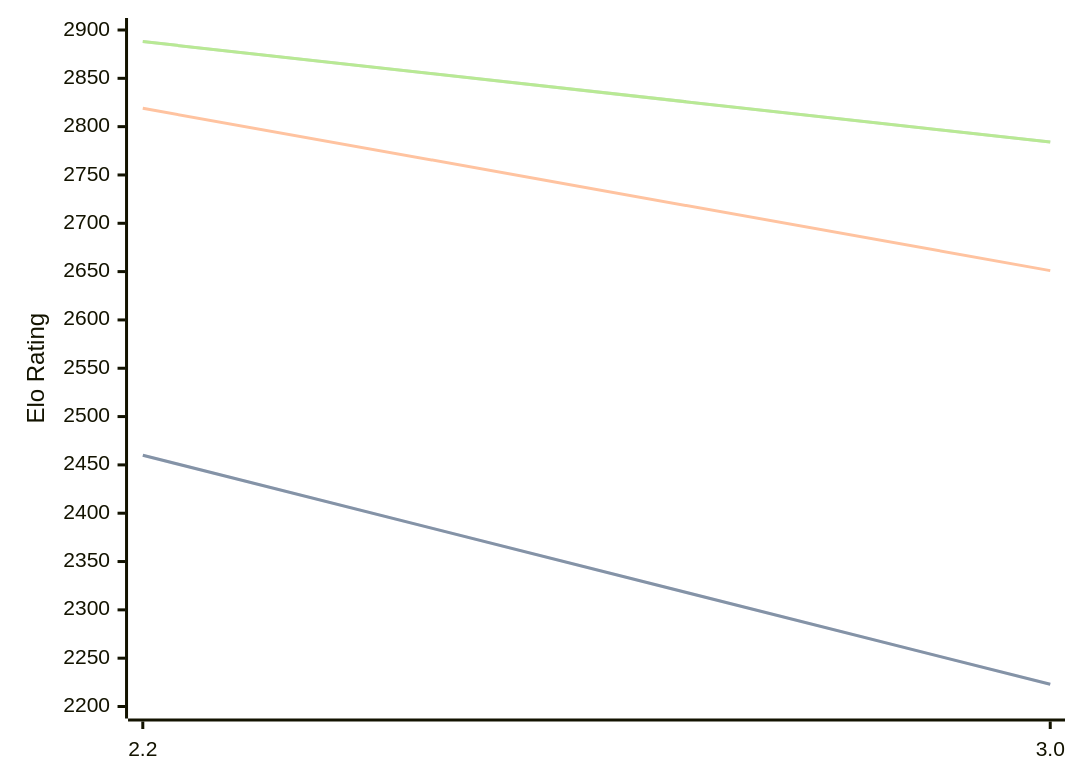
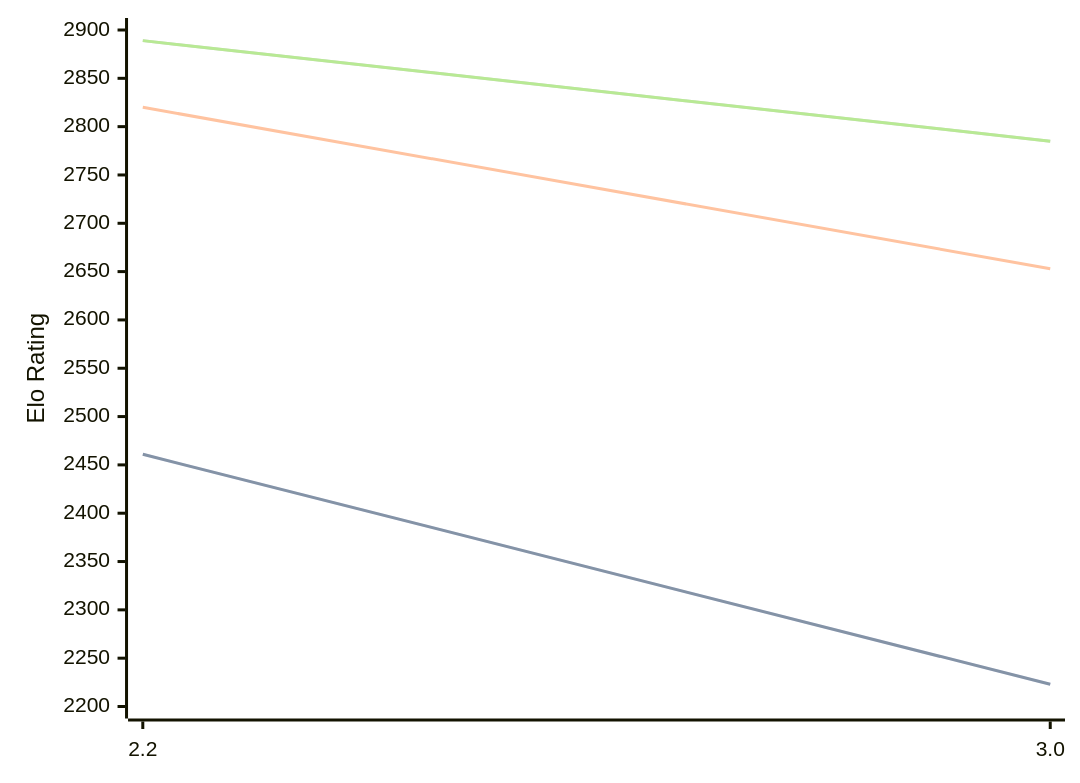
The third of 3 diagrams in engines/Thrawn.md (computer-chess-index/cci), drawn with Mermaid before and after one commit. The commit also changed other lines of this file, not shown here.

Commit message:
Update CCI Ratings (ELO VLTC) - 2026-06-30

````diff
--- a/engines/Thrawn.md
+++ b/engines/Thrawn.md
@@ -73,11 +73,11 @@
 ```mermaid
 %%{init: {"theme":"base","themeVariables":{"seriesColors:['#a3a3a3','#222221','#faa371']}}}%%
 xychart-beta
   x-axis ["2.2", "3.0"]
   y-axis "Elo Rating" 2200 --> 2900
-  line "STC (8.0+0.08s)" [2460, 2223]
-  line "STC (8.0+0.08s)" [2460, 2223]
-  line "LTC (60.0+0.60s)" [2819, 2651]
-  line "VLTC (2m24s+1.12s)" [2888, 2784]
-  line "VLTC (2m24s+1.12s)" [2888, 2784]
+  line "STC (8.0+0.08s)" [2461, 2223]
+  line "STC (8.0+0.08s)" [2461, 2223]
+  line "LTC (60.0+0.60s)" [2820, 2653]
+  line "VLTC (2m24s+1.12s)" [2889, 2785]
+  line "VLTC (2m24s+1.12s)" [2889, 2785]
 ```
````
